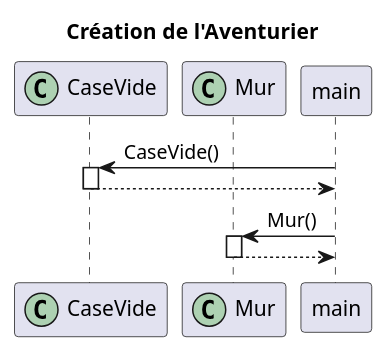
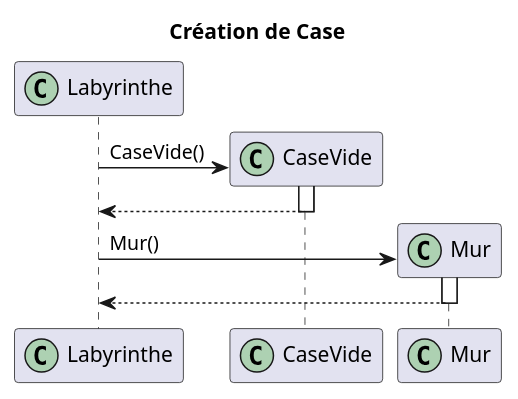
The diagram in documents/version_01/diagramme_sequence/creationCase.wsd (LoickNosal/2019_COO_Zeldiablo_Nosal9u_Demang146u_Sousa12u_Gsell5u), drawn with PlantUML before and after one commit. The commit also changed 5 other files, not shown here.

Commit message:
Finalisation des diagrammes de séquences

```diff
--- a/documents/version_01/diagramme_sequence/creationCase.wsd
+++ b/documents/version_01/diagramme_sequence/creationCase.wsd
@@ -1,16 +1,18 @@
 @startuml 
-title Création de l'Aventurier
+title Création de Case
+participant Labyrinthe << (C,#ADD1B2) >>
 participant CaseVide << (C,#ADD1B2) >>
 participant Mur << (C,#ADD1B2) >>
 
-
-main -> CaseVide : CaseVide()
+create CaseVide
+Labyrinthe -> CaseVide : CaseVide()
 activate CaseVide
-CaseVide --> main 
+CaseVide --> Labyrinthe 
 deactivate CaseVide
-main -> Mur : Mur()
+create Mur
+Labyrinthe -> Mur : Mur()
 activate Mur
-Mur --> main
+Mur --> Labyrinthe
 deactivate Mur
 
 @enduml
```
